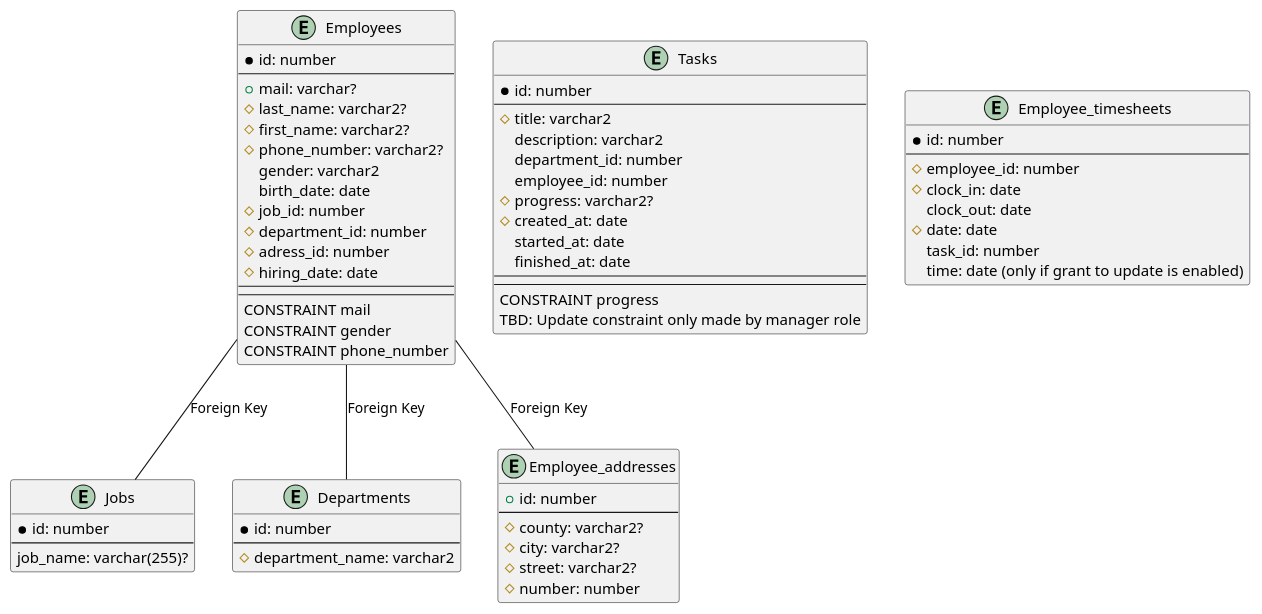
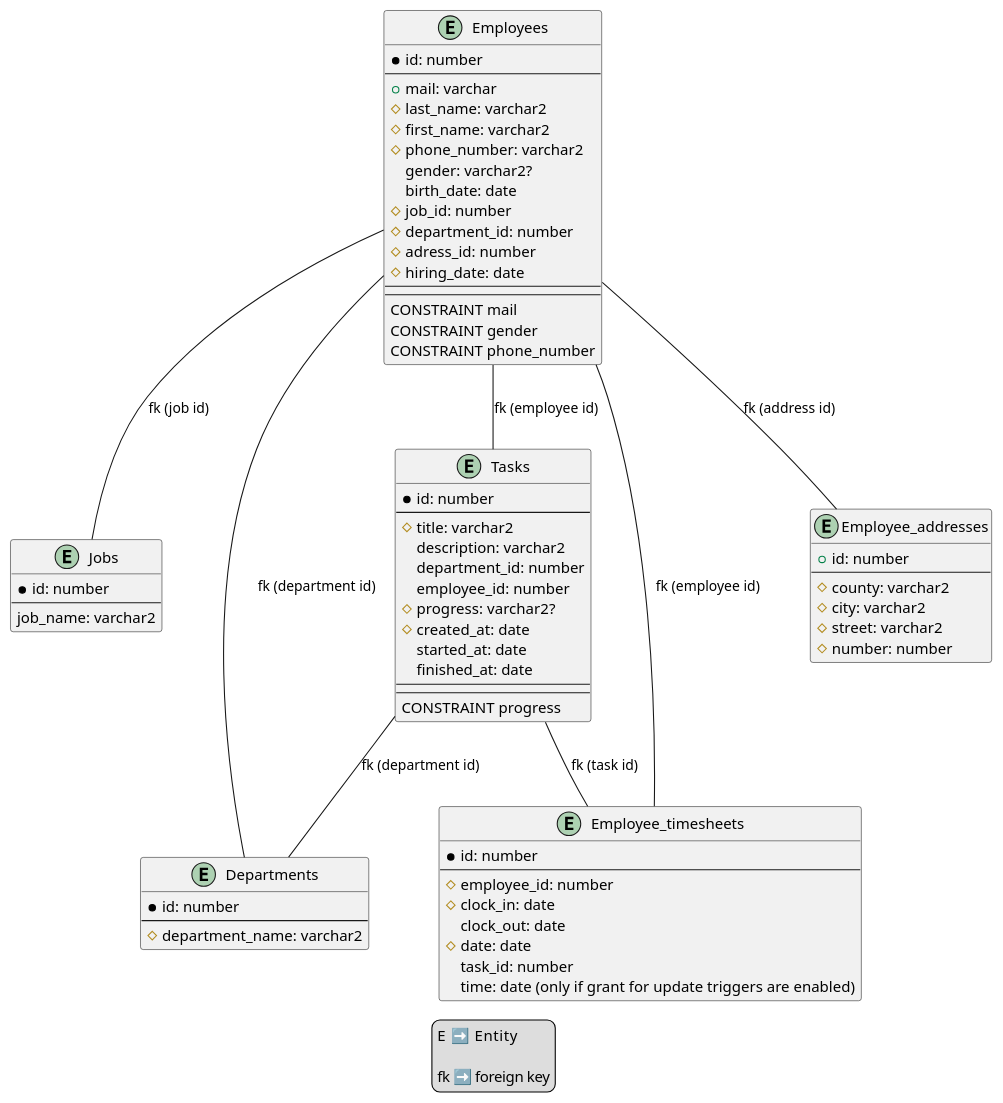
Before and after one commit to BalteiVasile/db-auto-service-project: the diagram in diagrams/diagram.puml, drawn with PlantUML.

Commit message:
[Diagrams] Improve relations between tables
Added the relations between tables via lines and mentioned why are
certain tables linked (via foreign key)

Also within this commit a minimal lengend was added.

```diff
--- a/diagrams/diagram.puml
+++ b/diagrams/diagram.puml
@@ -1,82 +1,91 @@
 @startuml auto_service
 
 entity Employees
 {
   *id: number
   --
-  +mail: varchar?
-  #last_name: varchar2?
-  #first_name: varchar2?
-  #phone_number: varchar2?
-  gender: varchar2
+  +mail: varchar
+  #last_name: varchar2
+  #first_name: varchar2
+  #phone_number: varchar2
+  gender: varchar2?
   birth_date: date
   #job_id: number
   #department_id: number
   #adress_id: number
   #hiring_date: date
   --
   --
   CONSTRAINT mail
   CONSTRAINT gender
   CONSTRAINT phone_number
 }
 
 entity Jobs
 {
   *id: number
   --
-  job_name: varchar(255)?
+  job_name: varchar2
 }
 
 entity Departments
 {
   *id: number
   --
   #department_name: varchar2 
 }
 
 entity Tasks
 {
   *id: number
   --
   #title: varchar2
   description: varchar2
   department_id: number
   employee_id: number
   #progress: varchar2?
   #created_at: date
   started_at: date
   finished_at: date
   --
   --
   CONSTRAINT progress
-  TBD: Update constraint only made by manager role
 }
 
 entity Employee_timesheets
 {
   *id: number
   --
   #employee_id: number
   #clock_in: date
   clock_out: date
   #date: date
   task_id: number
-  time: date (only if grant to update is enabled)
+  time: date (only if grant for update triggers are enabled)
 }
 
 entity Employee_addresses
 {
   +id: number
   --
-  #county: varchar2?
-  #city: varchar2?
-  #street: varchar2?
+  #county: varchar2
+  #city: varchar2
+  #street: varchar2
   #number: number
 }
 
-Employees -- Jobs: "Foreign Key"
-Employees -- Employee_addresses: "Foreign Key"
-Employees -- Departments: "Foreign Key"
+Employees -- Jobs: "fk (job id)"
+Employees -- Employee_addresses: "fk (address id)"
+Employees -- Departments: "fk (department id)"
+Employees -- Employee_timesheets: "fk (employee id)"
+Employees -- Tasks: "fk (employee id)"
+Tasks -- Departments: "fk (department id)"
+Tasks -- Employee_timesheets: "fk (task id)"
+
+legend
+  E    ➡️ Entity
+
+  fk ➡️ foreign key
+endlegend
 
 @enduml
```
